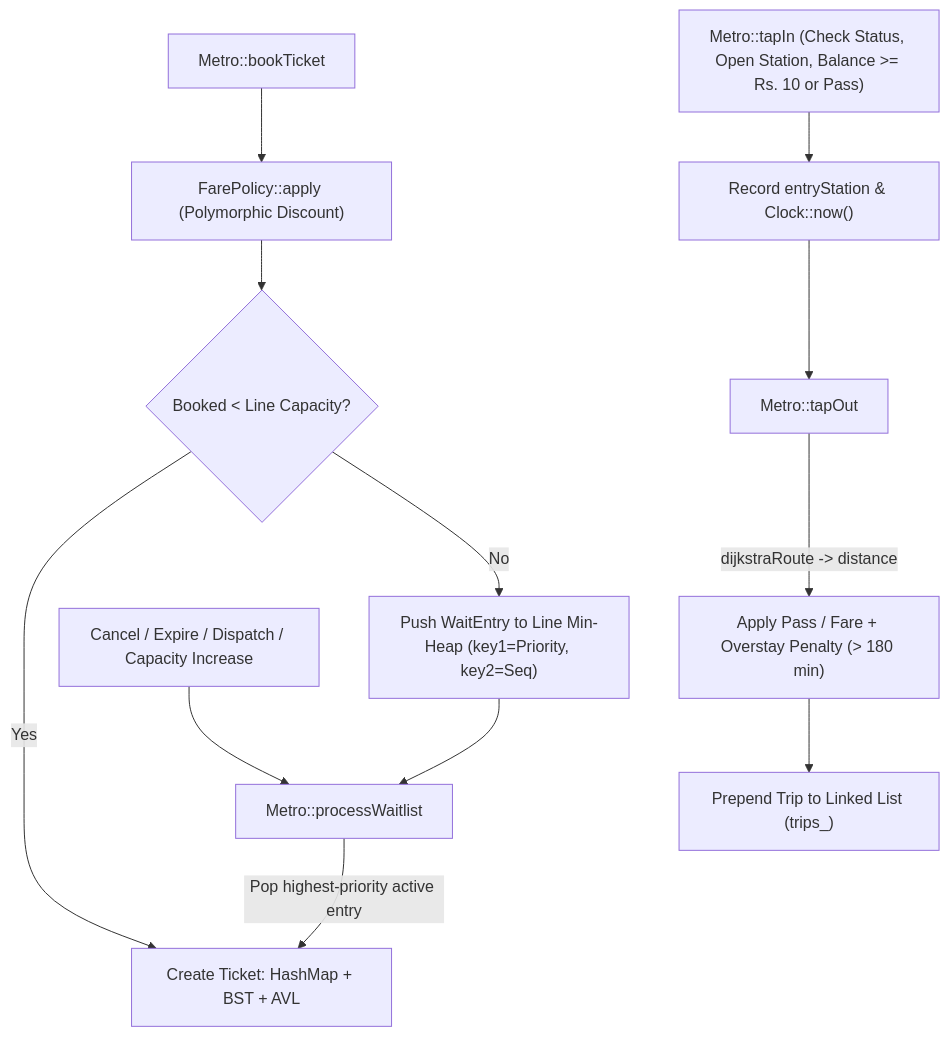
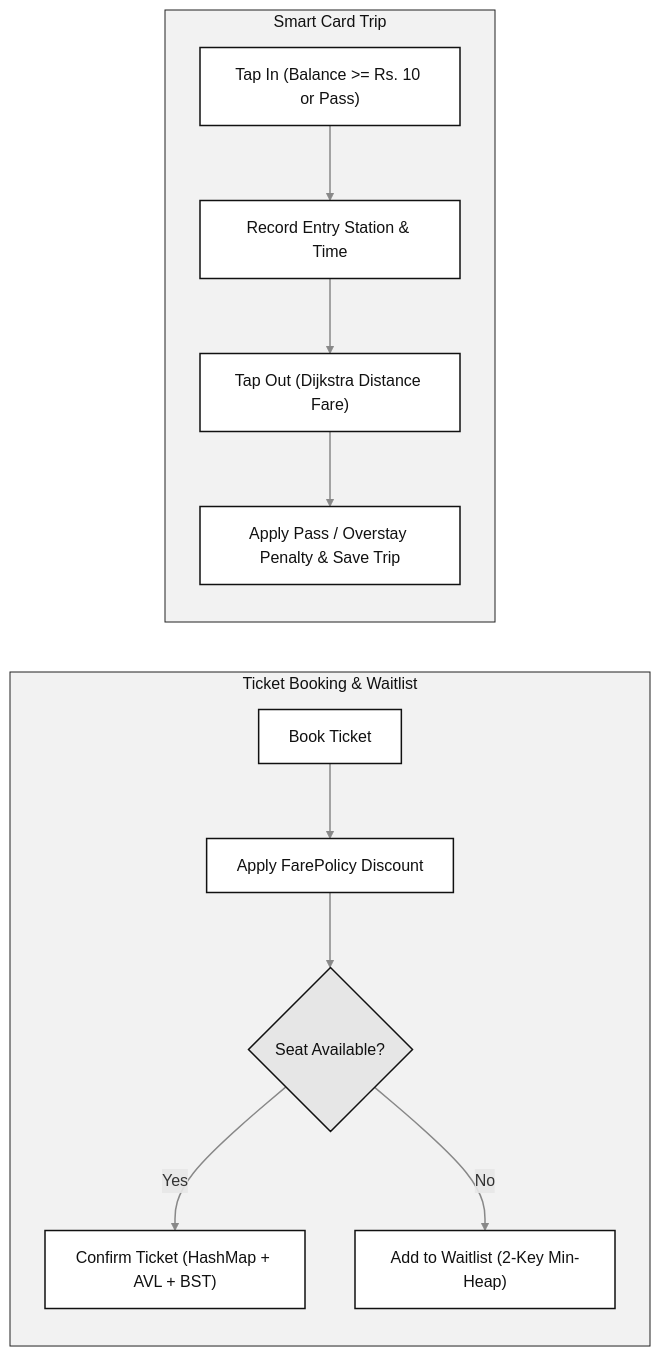
One commit to Hardikrawat05/Metro-Transit-System-PBL changed the third of 3 diagrams in README.md. Above: the diagram before and after it, drawn with Mermaid. The commit also changed other lines of this file, not shown here.

Commit message:
docs: simplify architecture diagrams with high-contrast black-and-white styling

````diff
--- a/README.md
+++ b/README.md
@@ -181,16 +116,24 @@
 ```mermaid
-flowchart TD
-    Book["Metro::bookTicket"] --> Policy["FarePolicy::apply (Polymorphic Discount)"]
-    Policy --> Cap{"Booked < Line Capacity?"}
-    Cap -->|Yes| Confirm["Create Ticket: HashMap + BST + AVL"]
-    Cap -->|No| Wait["Push WaitEntry to Line Min-Heap (key1=Priority, key2=Seq)"]
+flowchart LR
+    classDef bw fill:#ffffff,stroke:#111111,color:#111111,stroke-width:1.5px
+    classDef decision fill:#e6e6e6,stroke:#111111,color:#111111,stroke-width:1.5px
 
-    Cancel["Cancel / Expire / Dispatch / Capacity Increase"] --> Promote["Metro::processWaitlist"]
-    Wait --> Promote
-    Promote -->|"Pop highest-priority active entry"| Confirm
+    subgraph Ticketing["Ticket Booking & Waitlist"]
+        direction TB
+        T1["Book Ticket"]:::bw --> T2["Apply FarePolicy Discount"]:::bw
+        T2 --> T3{"Seat Available?"}:::decision
+        T3 -->|Yes| T4["Confirm Ticket (HashMap + AVL + BST)"]:::bw
+        T3 -->|No| T5["Add to Waitlist (2-Key Min-Heap)"]:::bw
+    end
 
-    TapIn["Metro::tapIn (Check Status, Open Station, Balance >= Rs. 10 or Pass)"] --> Inside["Record entryStation & Clock::now()"]
-    Inside --> TapOut["Metro::tapOut"]
-    TapOut -->|"dijkstraRoute -> distance"| Deduct["Apply Pass / Fare + Overstay Penalty (> 180 min)"]
-    Deduct --> History["Prepend Trip to Linked List (trips_)"]
+    subgraph Cards["Smart Card Trip"]
+        direction TB
+        C1["Tap In (Balance >= Rs. 10 or Pass)"]:::bw --> C2["Record Entry Station & Time"]:::bw
+        C2 --> C3["Tap Out (Dijkstra Distance Fare)"]:::bw
+        C3 --> C4["Apply Pass / Overstay Penalty & Save Trip"]:::bw
+    end
+
+    style Ticketing fill:#f2f2f2,stroke:#222222,color:#111111
+    style Cards fill:#f2f2f2,stroke:#222222,color:#111111
+    linkStyle default stroke:#888888,stroke-width:1.5px
 ```
````
